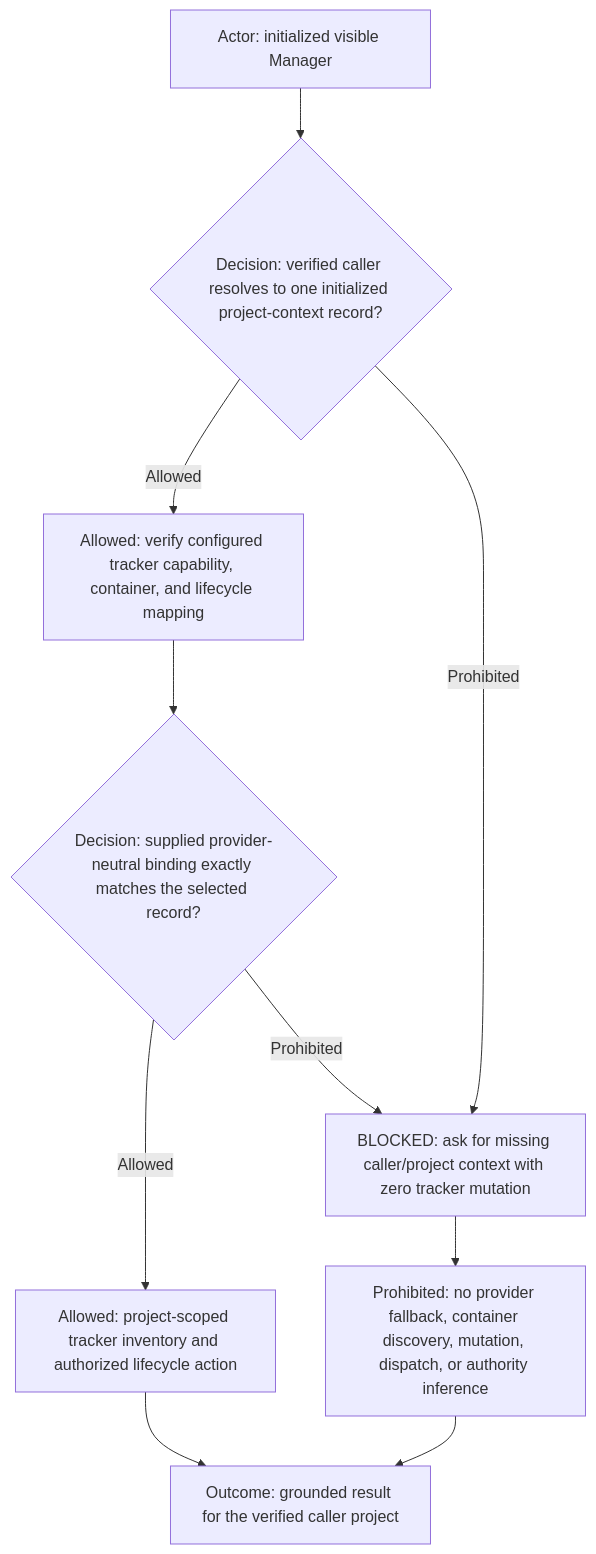
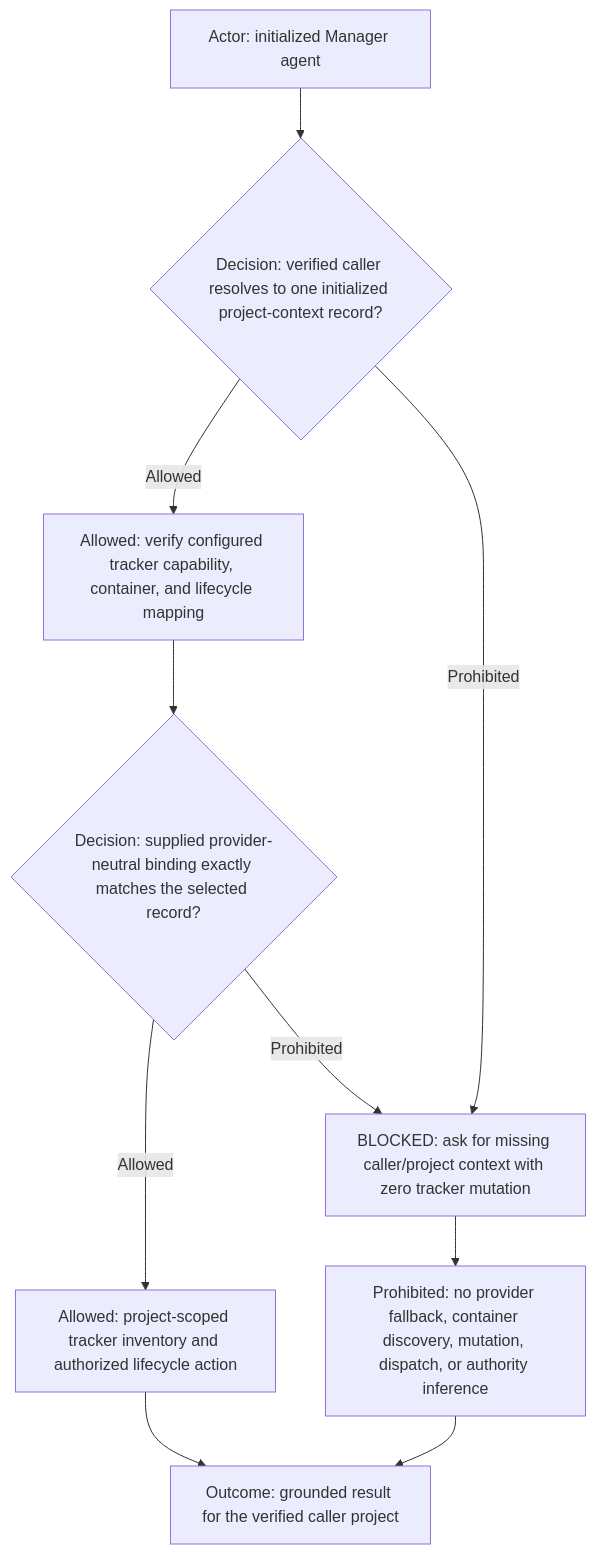
Before and after one commit to starodubtsevconsulting/ai-fleas: diagram 14 of 24 in ai-workflows/_common/roles/manager.md, drawn with Mermaid. The commit also changed other lines of this file and 15 other files, not shown here.

````diff
--- a/ai-workflows/_common/roles/manager.md
+++ b/ai-workflows/_common/roles/manager.md
@@ -385,12 +385,12 @@
 ```mermaid
 flowchart TD
-  Actor["Actor: initialized visible Manager"] --> Decision{"Decision: verified caller resolves to one initialized project-context record?"}
+  Actor["Actor: initialized Manager agent"] --> Decision{"Decision: verified caller resolves to one initialized project-context record?"}
   Decision -->|Allowed| Verify["Allowed: verify configured tracker capability, container, and lifecycle mapping"]
   Decision -->|Prohibited| Blocked["BLOCKED: ask for missing caller/project context with zero tracker mutation"]
   Verify --> Match{"Decision: supplied provider-neutral binding exactly matches the selected record?"}
   Match -->|Allowed| Route["Allowed: project-scoped tracker inventory and authorized lifecycle action"]
   Match -->|Prohibited| Blocked
   Blocked --> Guard["Prohibited: no provider fallback, container discovery, mutation, dispatch, or authority inference"]
   Route --> Outcome["Outcome: grounded result for the verified caller project"]
   Guard --> Outcome
 ```
````
